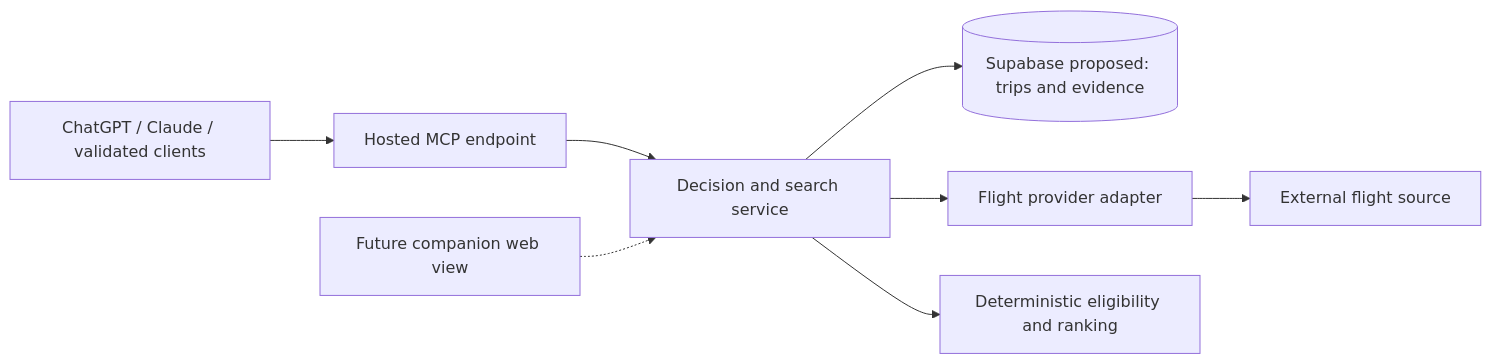
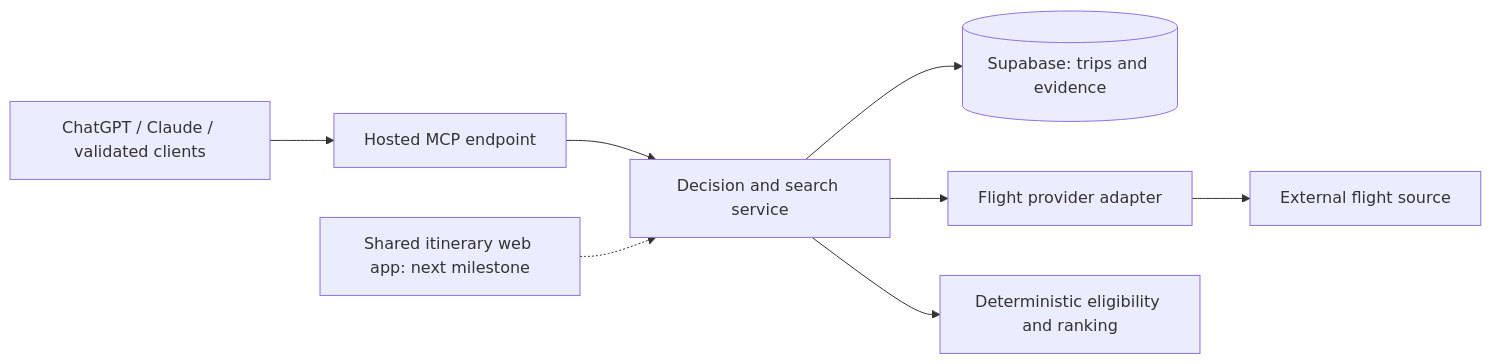
One commit to eddieyang-97/trip-planning-engine changed the diagram in docs/prd.md. Above: the diagram before and after it, drawn with Mermaid. The commit also changed other lines of this file, not shown here.

Commit message:
Sync reviewed PRD and shared itinerary milestone

````diff
--- a/docs/prd.md
+++ b/docs/prd.md
@@ -209,10 +280,10 @@
 ```mermaid
 flowchart LR
     Clients[ChatGPT / Claude / validated clients] --> MCP[Hosted MCP endpoint]
     MCP --> Core[Decision and search service]
-    Web[Future companion web view] -.-> Core
-    Core --> Store[(Supabase proposed: trips and evidence)]
+    Web[Shared itinerary web app: next milestone] -.-> Core
+    Core --> Store[(Supabase: trips and evidence)]
     Core --> Adapter[Flight provider adapter]
     Adapter --> Provider[External flight source]
     Core --> Rank[Deterministic eligibility and ranking]
 ```
````
